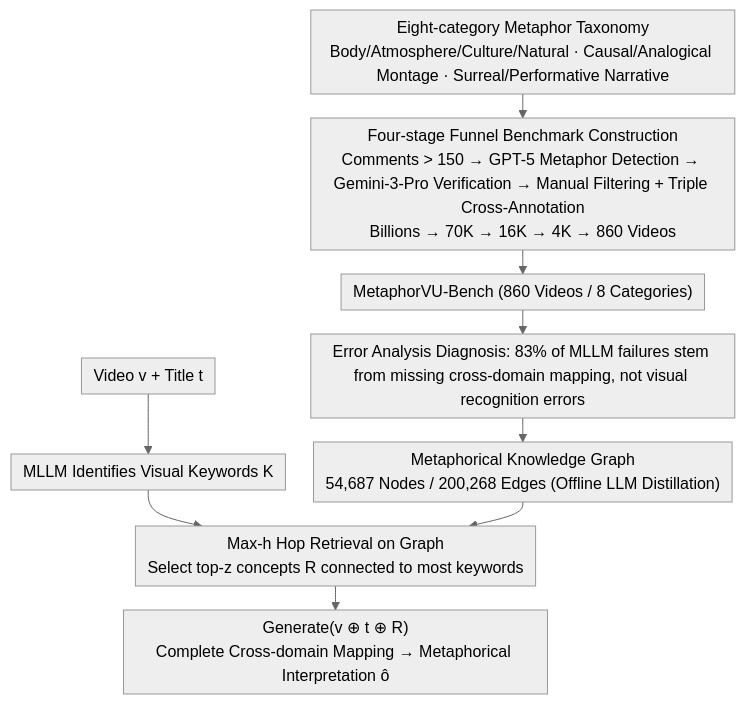
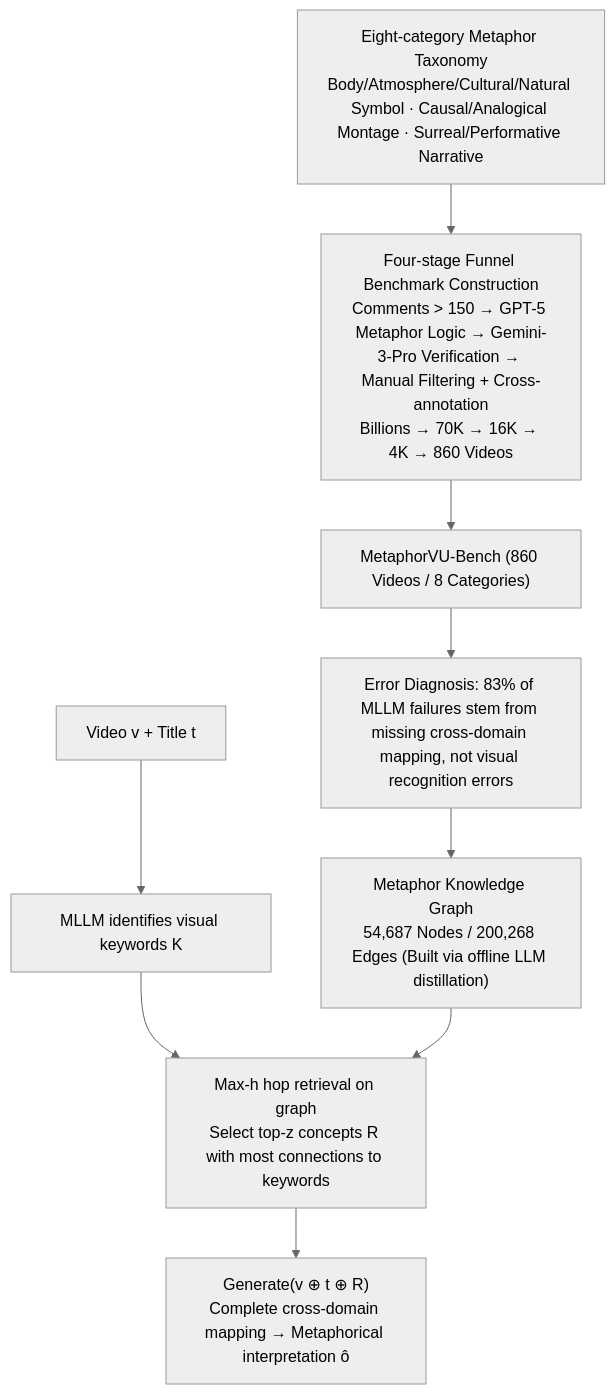
The diagram in docs/ICML2026/video_understanding/metaphorvu_towards_metaphorical_video_understanding.md (zhaoyang97/Paper-Notes-en), drawn with Mermaid (neutral theme) before and after one commit. The commit also changed other lines of this file and 5084 other files, not shown here.

````diff
--- a/docs/ICML2026/video_understanding/metaphorvu_towards_metaphorical_video_understanding.md
+++ b/docs/ICML2026/video_understanding/metaphorvu_towards_metaphorical_video_understanding.md
@@ -42,13 +42,12 @@
 ```mermaid
-%%{init: {'flowchart': {'rankSpacing': 24, 'nodeSpacing': 28, 'padding': 6, 'wrappingWidth': 400}}}%%
-flowchart TD
-    T["Eight-category Metaphor Taxonomy<br/>Body/Atmosphere/Culture/Natural · Causal/Analogical Montage · Surreal/Performative Narrative"]
-    T --> F["Four-stage Funnel Benchmark Construction<br/>Comments > 150 → GPT-5 Metaphor Detection → Gemini-3-Pro Verification → Manual Filtering + Triple Cross-Annotation<br/>Billions → 70K → 16K → 4K → 860 Videos"]
+graph TD
+    T["Eight-category Metaphor Taxonomy<br/>Body/Atmosphere/Cultural/Natural Symbol · Causal/Analogical Montage · Surreal/Performative Narrative"]
+    T --> F["Four-stage Funnel Benchmark Construction<br/>Comments > 150 → GPT-5 Metaphor Logic → Gemini-3-Pro Verification → Manual Filtering + Cross-annotation<br/>Billions → 70K → 16K → 4K → 860 Videos"]
     F --> BENCH["MetaphorVU-Bench (860 Videos / 8 Categories)"]
-    BENCH --> DIAG["Error Analysis Diagnosis: 83% of MLLM failures stem from missing cross-domain mapping, not visual recognition errors"]
-    DIAG --> KG["Metaphorical Knowledge Graph<br/>54,687 Nodes / 200,268 Edges (Offline LLM Distillation)"]
-    V["Video v + Title t"] --> K["MLLM Identifies Visual Keywords K"]
-    K --> R["Max-h Hop Retrieval on Graph<br/>Select top-z concepts R connected to most keywords"]
+    BENCH --> DIAG["Error Diagnosis: 83% of MLLM failures stem from missing cross-domain mapping, not visual recognition errors"]
+    DIAG --> KG["Metaphor Knowledge Graph<br/>54,687 Nodes / 200,268 Edges (Built via offline LLM distillation)"]
+    V["Video v + Title t"] --> K["MLLM identifies visual keywords K"]
+    K --> R["Max-h hop retrieval on graph<br/>Select top-z concepts R with most connections to keywords"]
     KG --> R
-    R --> G["Generate(v ⊕ t ⊕ R)<br/>Complete Cross-domain Mapping → Metaphorical Interpretation ô"]
+    R --> G["Generate(v ⊕ t ⊕ R)<br/>Complete cross-domain mapping → Metaphorical interpretation ô"]
 ```
````
